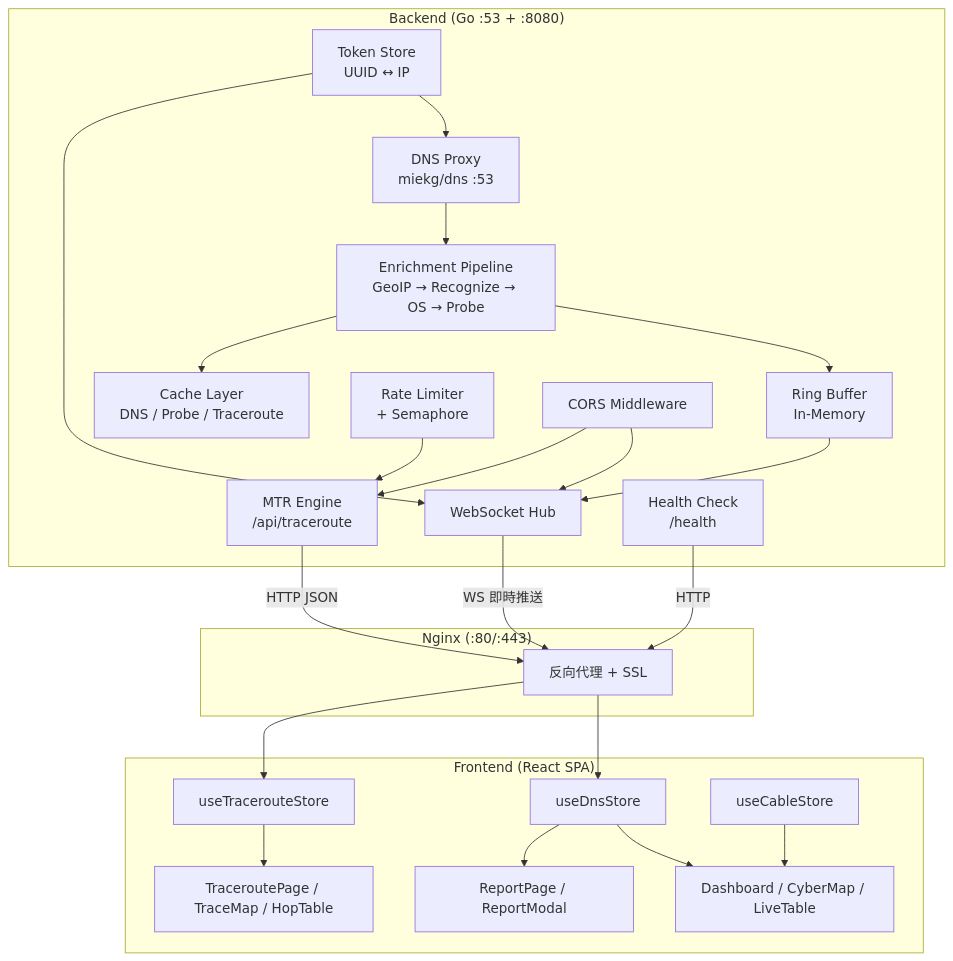
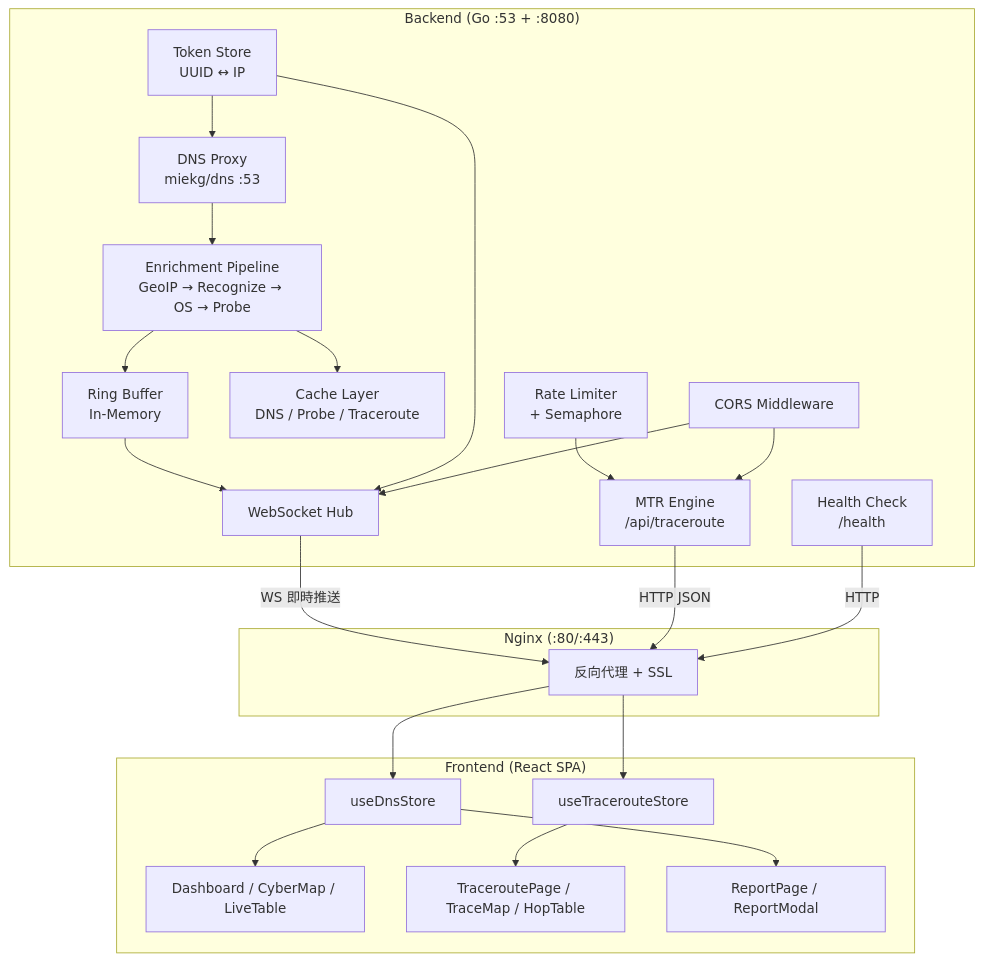
The first of 2 diagrams in doc/05_building_block_view.md (zeroflare/ocf-srrt), drawn with Mermaid before and after one commit. The commit also changed other lines of this file and 15 other files, not shown here.

````diff
--- a/doc/05_building_block_view.md
+++ b/doc/05_building_block_view.md
@@ -8,47 +8,45 @@
 ```mermaid
 graph TB
     subgraph Backend ["Backend (Go :53 + :8080)"]
         DNSProxy["DNS Proxy<br/>miekg/dns :53"]
         Pipeline["Enrichment Pipeline<br/>GeoIP → Recognize → OS → Probe"]
         Buffer["Ring Buffer<br/>In-Memory"]
         Cache["Cache Layer<br/>DNS / Probe / Traceroute"]
         Auth["Token Store<br/>UUID ↔ IP"]
         MTRE["MTR Engine<br/>/api/traceroute"]
         RateLimit["Rate Limiter<br/>+ Semaphore"]
         CORS["CORS Middleware"]
         WSHub["WebSocket Hub"]
         Health["Health Check<br/>/health"]
     end
 
     subgraph Frontend ["Frontend (React SPA)"]
         DnsStore["useDnsStore"]
         TraceStore["useTracerouteStore"]
-        CableStore["useCableStore"]
         UI["Dashboard / CyberMap / LiveTable"]
         Trace["TraceroutePage / TraceMap / HopTable"]
         Report["ReportPage / ReportModal"]
     end
 
     subgraph Nginx ["Nginx (:80/:443)"]
         Proxy["反向代理 + SSL"]
     end
 
     DNSProxy --> Pipeline
     Pipeline --> Buffer
     Pipeline --> Cache
     Buffer --> WSHub
     Auth --> DNSProxy
     Auth --> WSHub
     RateLimit --> MTRE
     CORS --> WSHub
     CORS --> MTRE
     WSHub -->|"WS 即時推送"| Proxy
     MTRE -->|"HTTP JSON"| Proxy
     Health -->|"HTTP"| Proxy
     Proxy --> DnsStore
     Proxy --> TraceStore
     DnsStore --> UI
     TraceStore --> Trace
-    CableStore --> UI
     DnsStore --> Report
 ```
````
